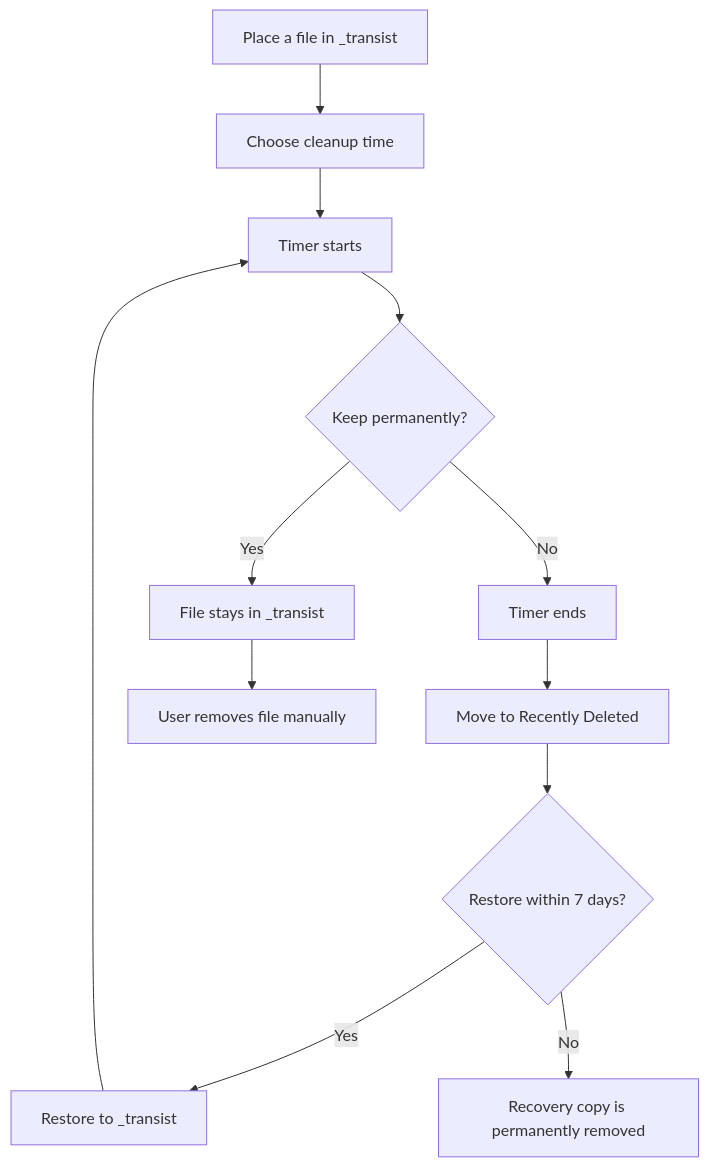
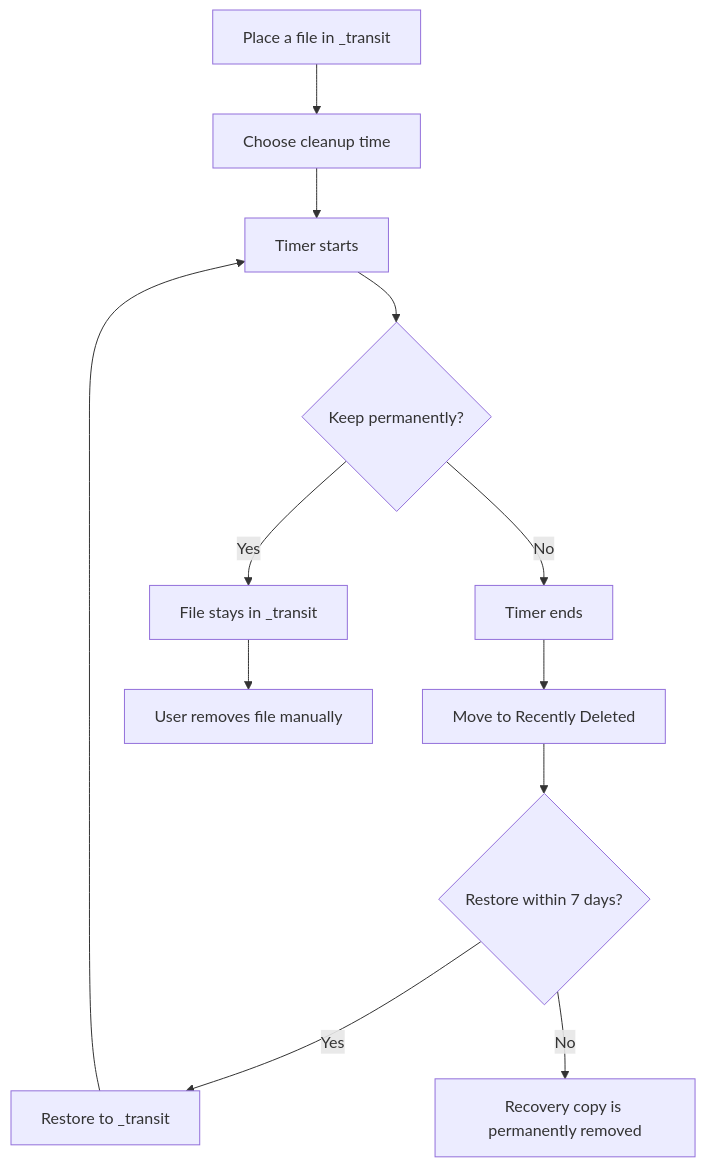
Before and after one commit to AaryaBalan/transist: the diagram in README.md, drawn with Mermaid. The commit also changed other lines of this file and 28 other files, not shown here.

Commit message:
refactor: rename transist package to transit and add migration module

````diff
--- a/README.md
+++ b/README.md
@@ -199,14 +206,14 @@
 ```mermaid
 flowchart TD
-  A[Place a file in _transist] --> B[Choose cleanup time]
+  A[Place a file in _transit] --> B[Choose cleanup time]
   B --> C[Timer starts]
   C --> D{Keep permanently?}
-  D -->|Yes| E[File stays in _transist]
+  D -->|Yes| E[File stays in _transit]
   D -->|No| F[Timer ends]
   F --> G[Move to Recently Deleted]
   G --> H{Restore within 7 days?}
-  H -->|Yes| I[Restore to _transist]
+  H -->|Yes| I[Restore to _transit]
   I --> C
   H -->|No| J[Recovery copy is permanently removed]
   E --> K[User removes file manually]
 ```
````
